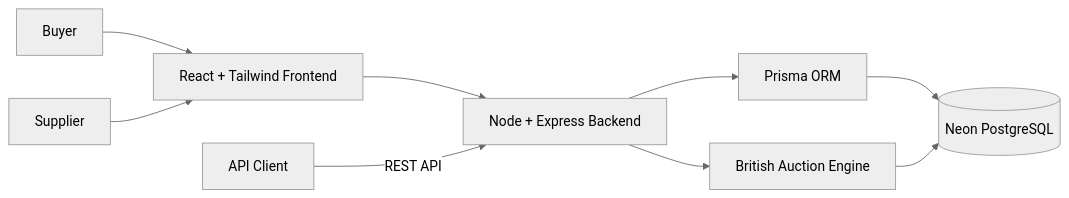
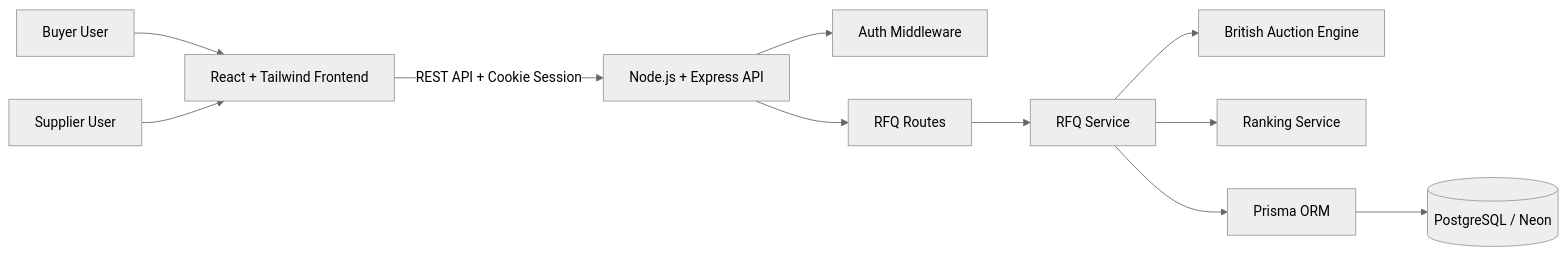
One commit to anujsoni3/British-Auction-System changed the first of 4 diagrams in docs/HLD.md. Above: the diagram before and after it, drawn with Mermaid (neutral theme). The commit also changed other lines of this file and 6 other files, not shown here.

````diff
--- a/docs/HLD.md
+++ b/docs/HLD.md
@@ -5,11 +16,17 @@
 ```mermaid
 flowchart LR
-  Buyer[Buyer] --> Web[React + Tailwind Frontend]
-  Supplier[Supplier] --> Web
-  Web --> Express[Node + Express Backend]
-  Client[API Client] -->|REST API| Express
-  Express --> AuctionEngine[British Auction Engine]
-  Express --> Prisma[Prisma ORM]
-  Prisma --> Postgres[(Neon PostgreSQL)]
-  AuctionEngine --> Postgres
+  Buyer[Buyer User] --> Frontend[React + Tailwind Frontend]
+  Supplier[Supplier User] --> Frontend
+
+  Frontend -->|REST API + Cookie Session| Express[Node.js + Express API]
+
+  Express --> Auth[Auth Middleware]
+  Express --> RfqRoutes[RFQ Routes]
+
+  RfqRoutes --> RfqService[RFQ Service]
+  RfqService --> AuctionEngine[British Auction Engine]
+  RfqService --> RankingService[Ranking Service]
+  RfqService --> Prisma[Prisma ORM]
+
+  Prisma --> Database[(PostgreSQL / Neon)]
 ```
````
